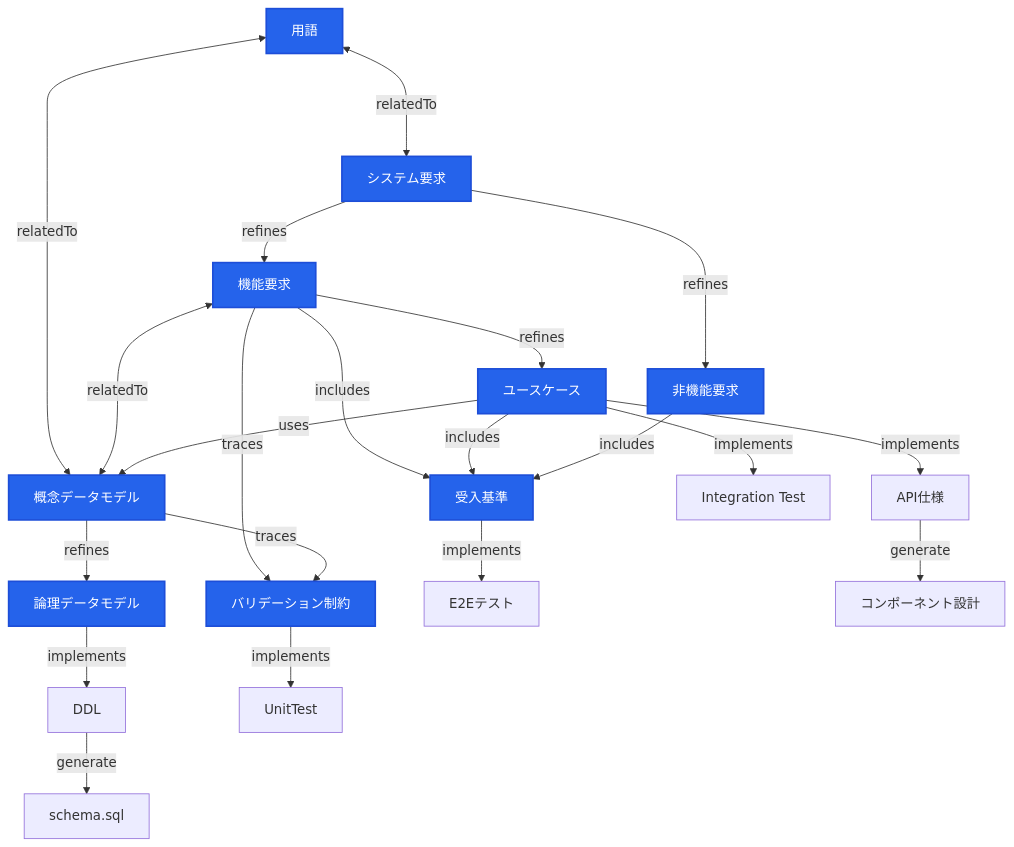
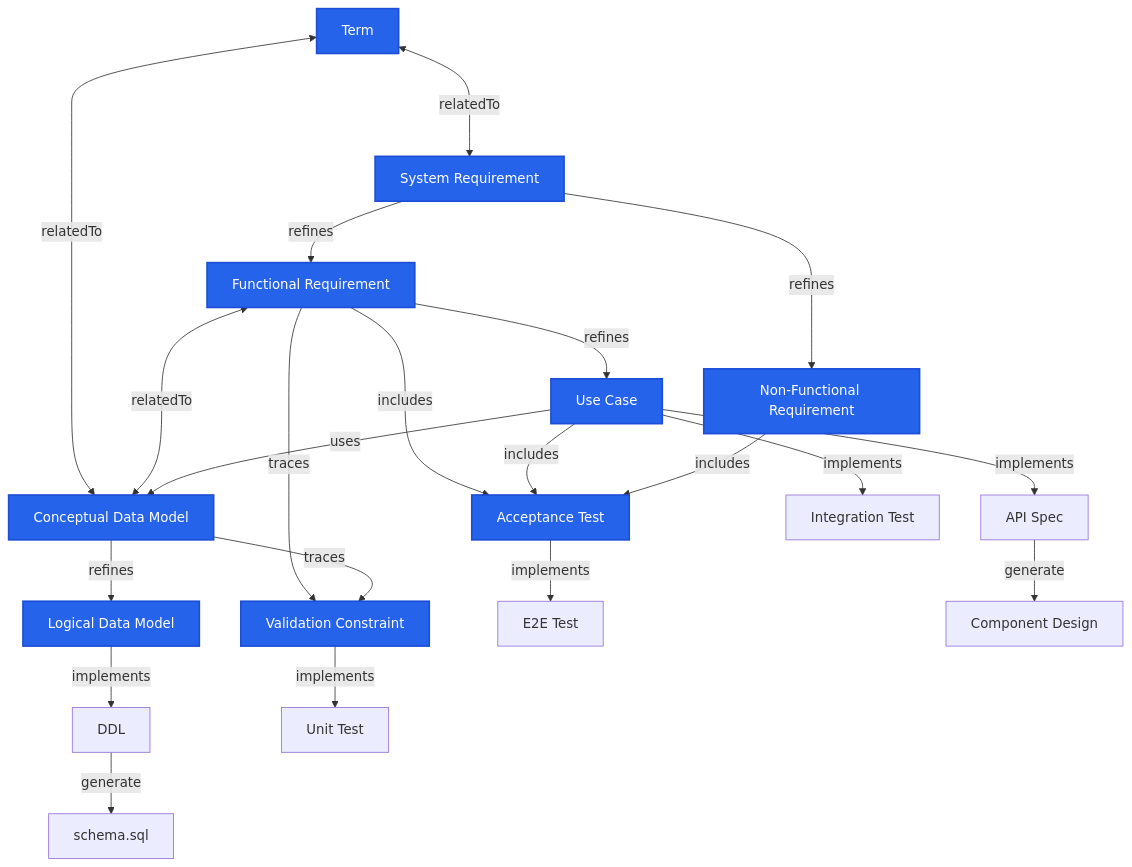
Before and after one commit to foo-ogawa/speckeeper: the diagram in docs/scaffold-mermaid-spec.md, drawn with Mermaid. The commit also changed other lines of this file and 25 other files, not shown here.

````diff
--- a/docs/scaffold-mermaid-spec.md
+++ b/docs/scaffold-mermaid-spec.md
@@ -241,31 +241,31 @@
 ```mermaid
 flowchart TB
-  TERM[用語] <--->|relatedTo| SR[システム要求]
-  SR -->|refines| FR[機能要求]
-  SR -->|refines| NFR[非機能要求]
+  TERM[Term] <--->|relatedTo| SR[System Requirement]
+  SR -->|refines| FR[Functional Requirement]
+  SR -->|refines| NFR[Non-Functional Requirement]
 
-  TERM <-->|relatedTo| CDM[概念データモデル]
-  FR -->|refines| UC[ユースケース]
+  TERM <-->|relatedTo| CDM[Conceptual Data Model]
+  FR -->|refines| UC[Use Case]
   FR <-->|relatedTo| CDM
   UC -->|uses| CDM
 
-  UC -->|implements| API[API仕様]
-  CDM -->|refines| LDM[論理データモデル]
+  UC -->|implements| API[API Spec]
+  CDM -->|refines| LDM[Logical Data Model]
   LDM -->|implements| DDL[DDL]
 
-  FR -->|includes| AT[受入基準]
+  FR -->|includes| AT[Acceptance Test]
   UC -->|includes| AT
   NFR -->|includes| AT
-  FR -->|traces| VC[バリデーション制約]
+  FR -->|traces| VC[Validation Constraint]
   CDM -->|traces| VC
 
-  AT -->|implements| E2ET[E2Eテスト]
+  AT -->|implements| E2ET[E2E Test]
   UC -->|implements| IT[Integration Test]
-  VC -->|implements| UT[UnitTest]
+  VC -->|implements| UT[Unit Test]
 
   DDL -->|generate| DBS[schema.sql]
-  API -->|generate| COMPIF[コンポーネント設計]
+  API -->|generate| COMPIF[Component Design]
 
   classDef speckeeper fill:#2563EB,stroke:#1D4ED8,color:#fff,stroke-width:2px
   class TERM,SR,FR,NFR,CDM,UC,LDM,AT,DT,VC speckeeper
 ```
````
